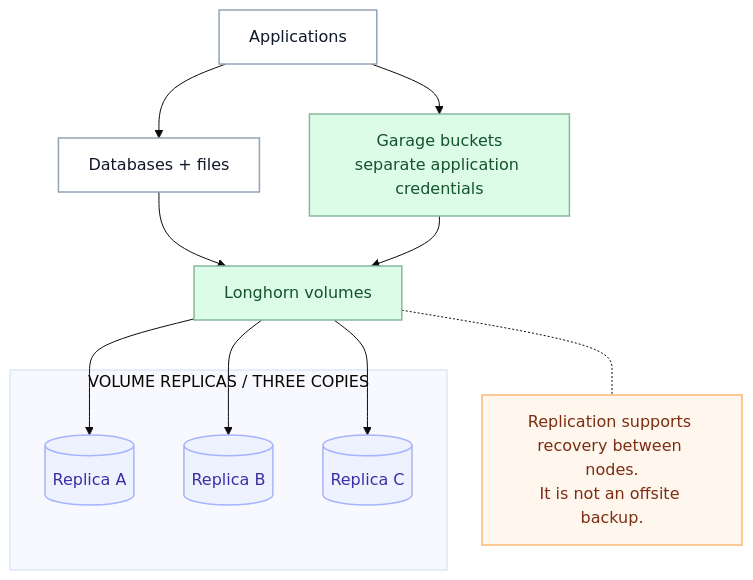
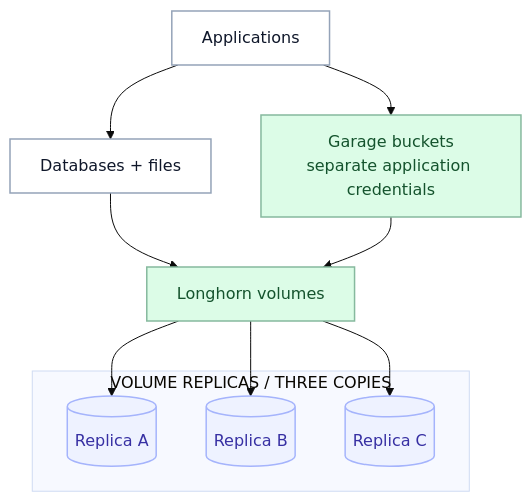
Before and after one commit to Paul1404/astro-portfolio: the diagram in docs/diagrams/vertex/en-storage.mmd, drawn with Mermaid (base theme). The commit also changed 15 other files, not shown here.

Commit message:
Make Vertex diagrams fit their layouts (#164)

```diff
--- a/docs/diagrams/vertex/en-storage.mmd
+++ b/docs/diagrams/vertex/en-storage.mmd
@@ -1,23 +1,20 @@
 flowchart TB
   accTitle: Persistent data on Vertex
-  accDescr: Applications use databases and files on Longhorn volumes, and some use S3-compatible Garage buckets. Garage data also resides on Longhorn. Longhorn keeps three volume replicas on cluster nodes. Replication is not an offsite backup.
+  accDescr: Applications use databases and files on Longhorn volumes, and some use S3-compatible Garage buckets. Garage data also resides on Longhorn. Longhorn keeps three volume replicas on cluster nodes.
   Apps["Applications"]:::workload
   DB["Databases + files"]:::workload
   Obj["Garage buckets<br/>separate application credentials"]:::storage
   Vol["Longhorn volumes"]:::storage
   subgraph copies["VOLUME REPLICAS / THREE COPIES"]
     A[("Replica A")]:::copy
     B[("Replica B")]:::copy
     C[("Replica C")]:::copy
   end
   Apps --> DB --> Vol
   Apps --> Obj --> Vol
   Vol --> A
   Vol --> B
   Vol --> C
-  Note["Replication supports recovery between nodes.<br/>It is not an offsite backup."]:::note
-  Vol -.- Note
   classDef workload fill:#ffffff,stroke:#94a3b8,color:#0f172a,stroke-width:1.5px
   classDef storage fill:#dcfce7,stroke:#86b99e,color:#14532d,stroke-width:1.5px
   classDef copy fill:#eef2ff,stroke:#a5b4fc,color:#3730a3,stroke-width:1.5px
-  classDef note fill:#fff7ed,stroke:#fdba74,color:#7c2d12,stroke-width:1.5px
```
